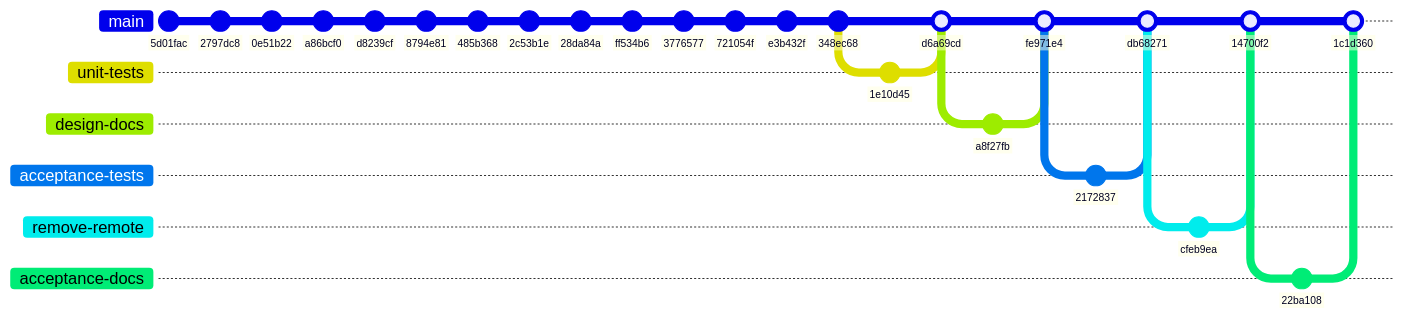
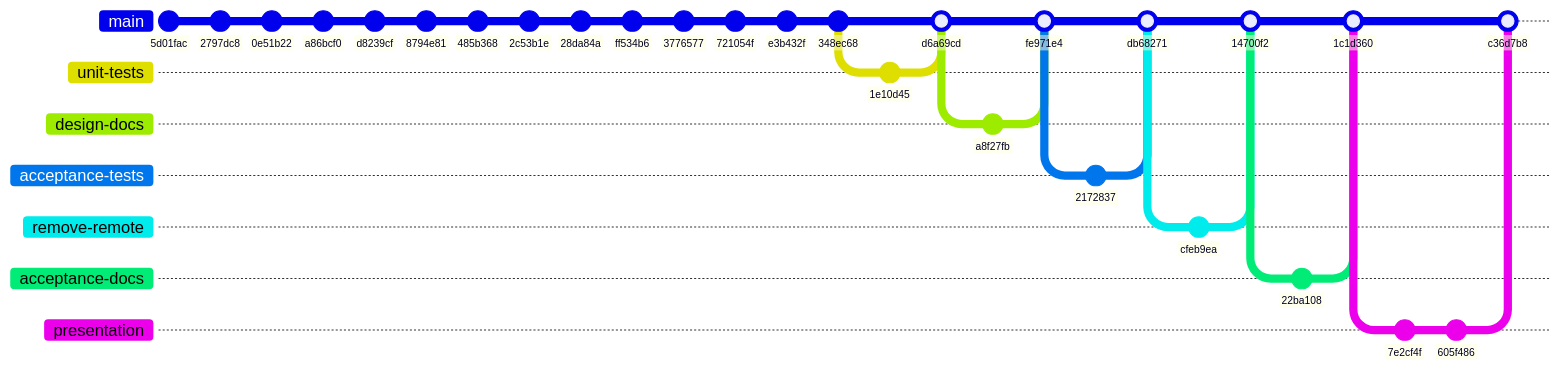
The diagram in docs/presentation/git_graph.mmd (AndreMercado/HardwareComputeVisualizer), drawn with Mermaid before and after one commit. The commit also changed 2 other files, not shown here.

Commit message:
Network graph with the presentation merge

```diff
--- a/docs/presentation/git_graph.mmd
+++ b/docs/presentation/git_graph.mmd
@@ -1,41 +1,47 @@
 %%{init: {'gitGraph': {'showCommitLabel': true, 'rotateCommitLabel': false}} }%%
 gitGraph
   commit id: "5d01fac"
   commit id: "2797dc8"
   commit id: "0e51b22"
   commit id: "a86bcf0"
   commit id: "d8239cf"
   commit id: "8794e81"
   commit id: "485b368"
   commit id: "2c53b1e"
   commit id: "28da84a"
   commit id: "ff534b6"
   commit id: "3776577"
   commit id: "721054f"
   commit id: "e3b432f"
   commit id: "348ec68"
   branch unit-tests
   checkout unit-tests
   commit id: "1e10d45"
   checkout main
   merge unit-tests id: "d6a69cd"
   branch design-docs
   checkout design-docs
   commit id: "a8f27fb"
   checkout main
   merge design-docs id: "fe971e4"
   branch acceptance-tests
   checkout acceptance-tests
   commit id: "2172837"
   checkout main
   merge acceptance-tests id: "db68271"
   branch remove-remote
   checkout remove-remote
   commit id: "cfeb9ea"
   checkout main
   merge remove-remote id: "14700f2"
   branch acceptance-docs
   checkout acceptance-docs
   commit id: "22ba108"
   checkout main
   merge acceptance-docs id: "1c1d360"
+  branch presentation
+  checkout presentation
+  commit id: "7e2cf4f"
+  commit id: "605f486"
+  checkout main
+  merge presentation id: "c36d7b8"
```
